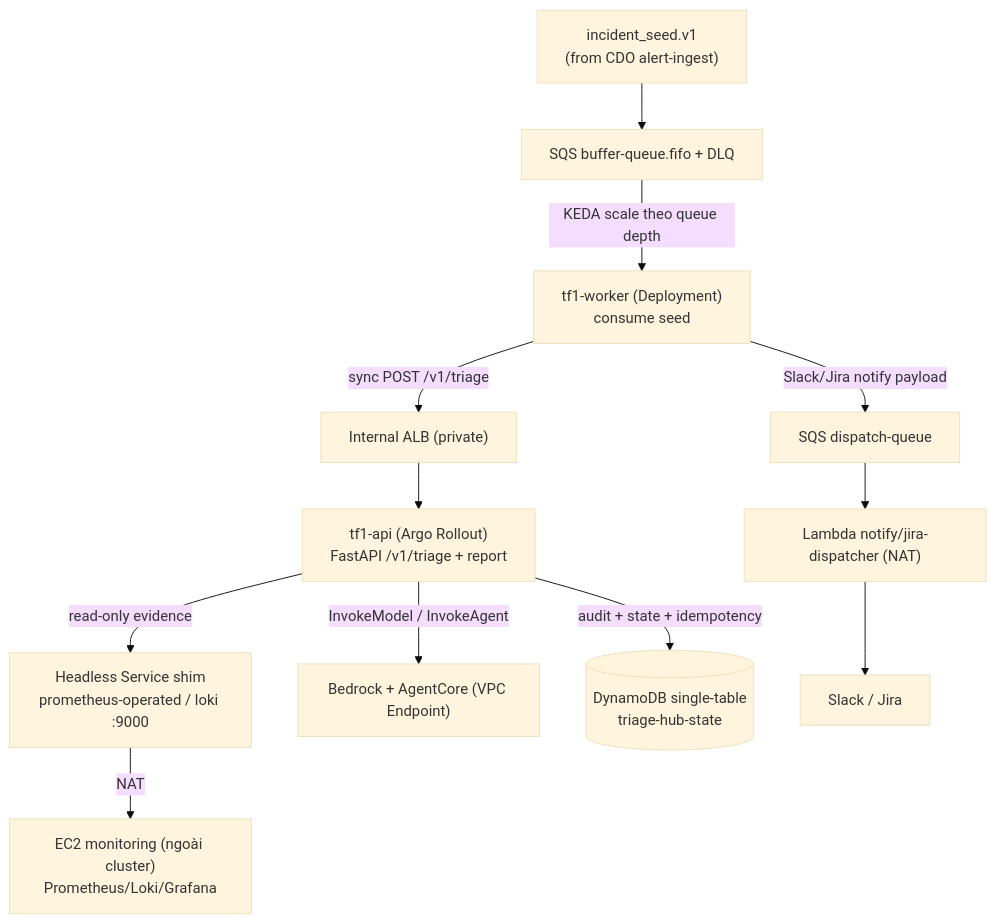
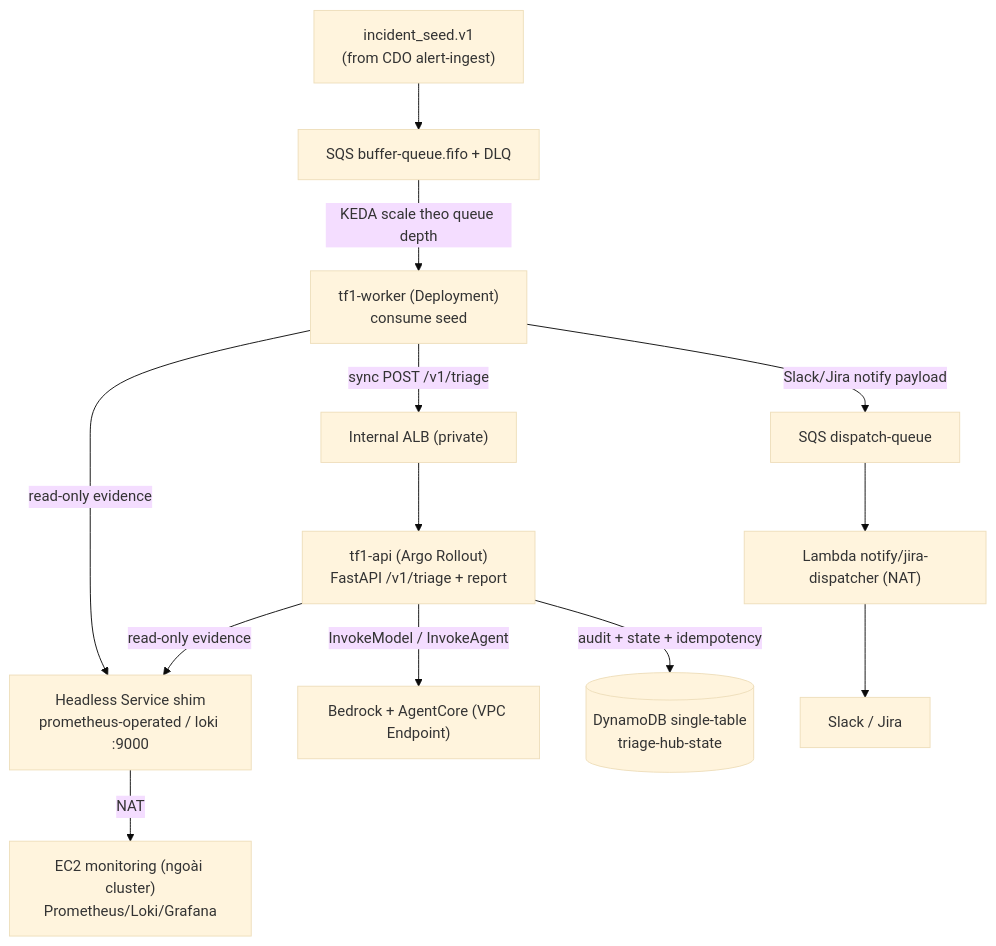
One commit to X-BRAIN-CDO-09/Triage-Hub changed the second of 2 diagrams in docs/reports/02_infra_design.md. Above: the diagram before and after it, drawn with Mermaid (base theme). The commit also changed other lines of this file and 2 other files, not shown here.

````diff
--- a/docs/reports/02_infra_design.md
+++ b/docs/reports/02_infra_design.md
@@ -231,14 +280,16 @@
 ```mermaid
 graph TB
     SEED["incident_seed.v1<br/>(from CDO alert-ingest)"] --> BUF["SQS buffer-queue.fifo + DLQ"]
     BUF -->|KEDA scale theo queue depth| WK["tf1-worker (Deployment)<br/>consume seed"]
     WK -->|sync POST /v1/triage| ALB["Internal ALB (private)"]
     ALB --> API["tf1-api (Argo Rollout)<br/>FastAPI /v1/triage + report"]
     API -->|read-only evidence| SHIM["Headless Service shim<br/>prometheus-operated / loki :9000"]
+    WK -->|read-only evidence| SHIM
     SHIM -->|NAT| EC2["EC2 monitoring (ngoài cluster)<br/>Prometheus/Loki/Grafana"]
     API -->|InvokeModel / InvokeAgent| BR["Bedrock + AgentCore (VPC Endpoint)"]
     API -->|audit + state + idempotency| DDB[("DynamoDB single-table<br/>triage-hub-state")]
     WK -->|Slack/Jira notify payload| DQ["SQS dispatch-queue"]
     DQ --> DISP["Lambda notify/jira-dispatcher (NAT)"]
     DISP --> SAAS["Slack / Jira"]
+
 ```
````
